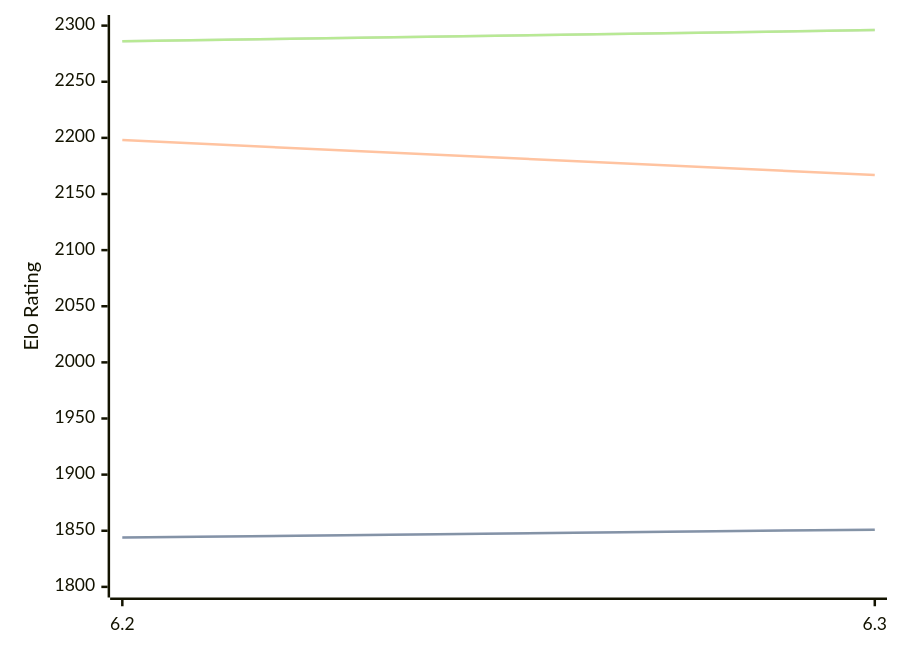
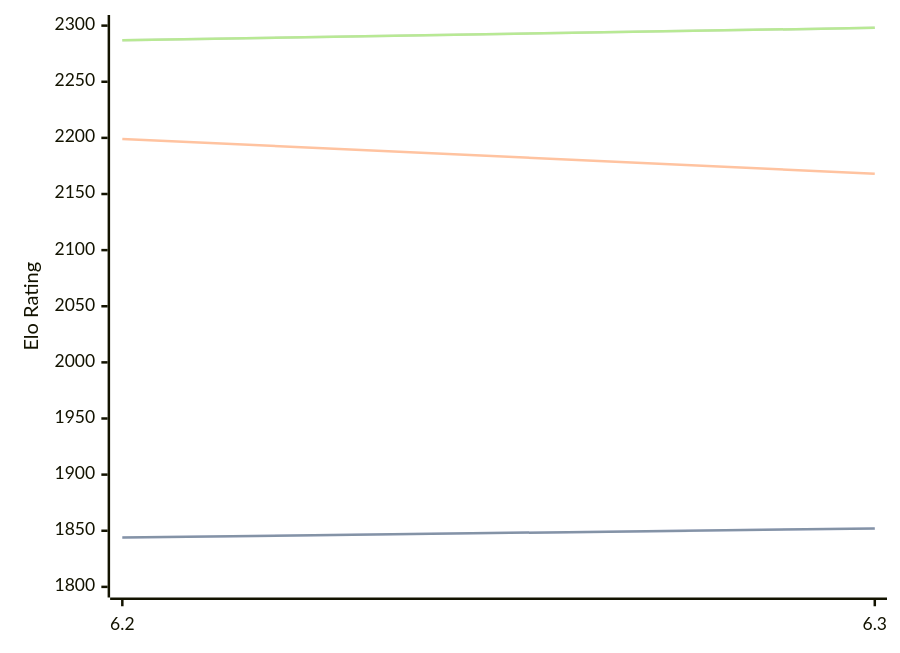
The diagram in engines/chess4j.md (computer-chess-index/cci), drawn with Mermaid before and after one commit. The commit also changed other lines of this file, not shown here.

Commit message:
Update CCI Ratings (ELO VLTC) - 2026-07-25

````diff
--- a/engines/chess4j.md
+++ b/engines/chess4j.md
@@ -38,11 +38,11 @@
 ```mermaid
 %%{init: {"theme":"base","themeVariables":{"seriesColors:['#a3a3a3','#222221','#faa371']}}}%%
 xychart-beta
   x-axis ["6.2", "6.3"]
   y-axis "Elo Rating" 1800 --> 2300
-  line "STC (8.0+0.08s)" [1844, 1851]
-  line "STC (8.0+0.08s)" [1844, 1851]
-  line "LTC (60.0+0.60s)" [2198, 2167]
-  line "VLTC (2m24s+1.12s)" [2286, 2296]
-  line "VLTC (2m24s+1.12s)" [2286, 2296]
+  line "STC (8.0+0.08s)" [1844, 1852]
+  line "STC (8.0+0.08s)" [1844, 1852]
+  line "LTC (60.0+0.60s)" [2199, 2168]
+  line "VLTC (2m24s+1.12s)" [2287, 2298]
+  line "VLTC (2m24s+1.12s)" [2287, 2298]
 ```
````
